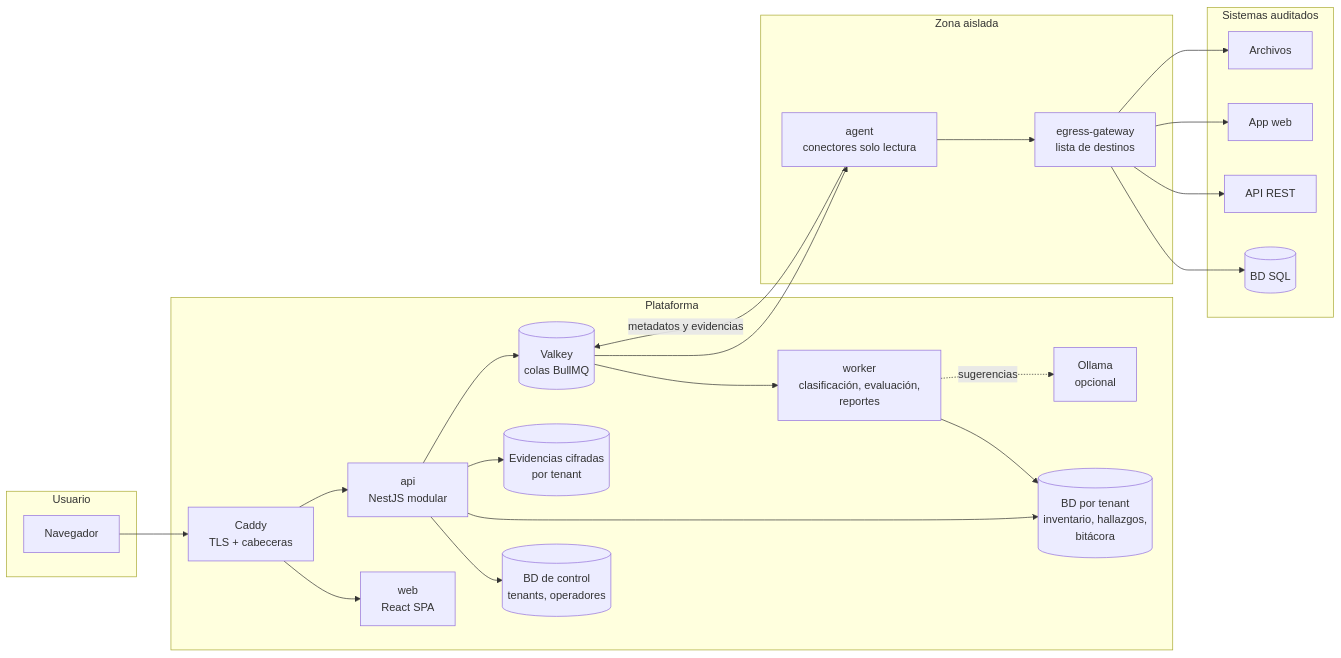
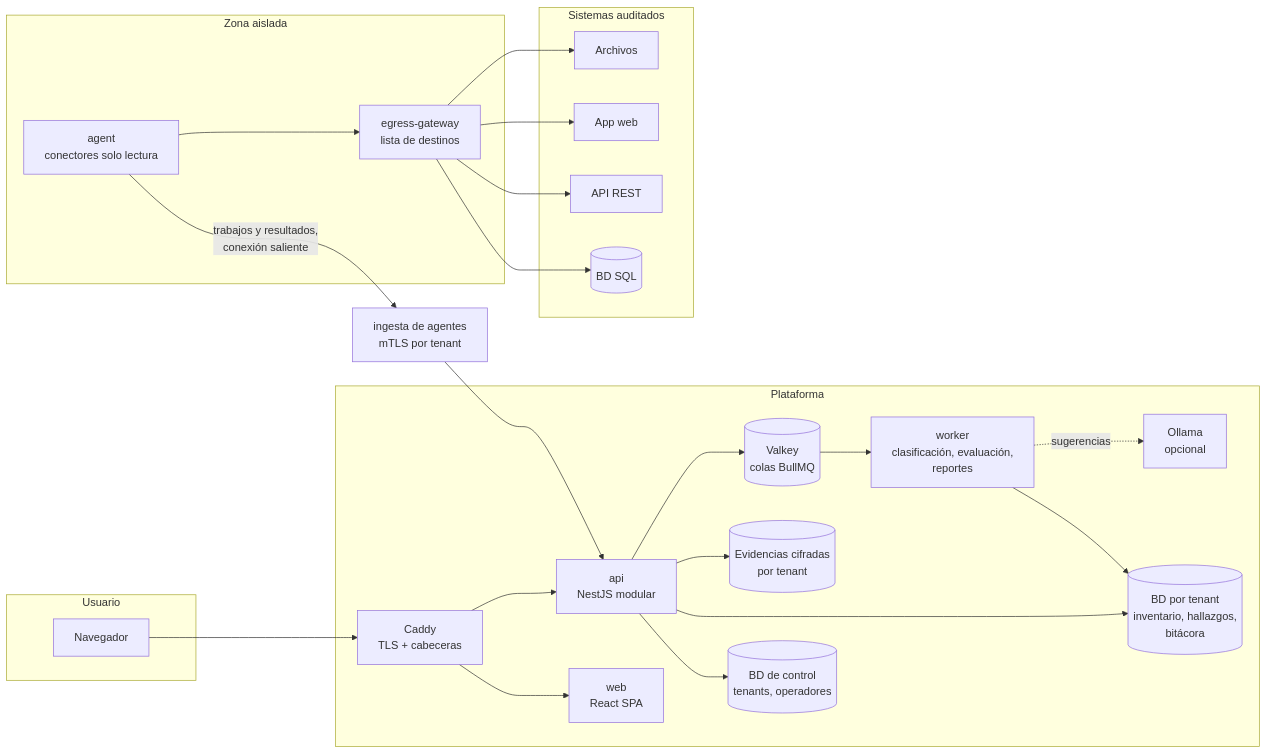
The first of 5 diagrams in docs/fase-0/05-arquitectura.md (alejandroeavilae-cpu/Agente_auditor_21719-), drawn with Mermaid before and after one commit. The commit also changed other lines of this file and 22 other files, not shown here.

````diff
--- a/docs/fase-0/05-arquitectura.md
+++ b/docs/fase-0/05-arquitectura.md
@@ -59,38 +59,38 @@
 ```mermaid
 flowchart LR
   subgraph usr["Usuario"]
     B[Navegador]
   end
   subgraph plat["Plataforma"]
     C[Caddy<br/>TLS + cabeceras]
     W[web<br/>React SPA]
     A[api<br/>NestJS modular]
     Q[(Valkey<br/>colas BullMQ)]
     K[worker<br/>clasificación, evaluación,<br/>reportes]
     CP[(BD de control<br/>tenants, operadores)]
     TD[(BD por tenant<br/>inventario, hallazgos,<br/>bitácora)]
     FS[(Evidencias cifradas<br/>por tenant)]
     O[Ollama<br/>opcional]
   end
   subgraph zona["Zona aislada"]
     AG[agent<br/>conectores solo lectura]
     EG[egress-gateway<br/>lista de destinos]
   end
   subgraph sist["Sistemas auditados"]
     S1[(BD SQL)]
     S2[API REST]
     S3[App web]
     S4[Archivos]
   end
   B --> C --> W
   C --> A
   A --> CP
   A --> TD
   A --> FS
   A --> Q --> K
   K --> TD
   K -. sugerencias .-> O
-  Q --> AG
+  IN[ingesta de agentes<br/>mTLS por tenant] --> A
+  AG -- trabajos y resultados,<br/>conexión saliente --> IN
   AG --> EG --> S1 & S2 & S3 & S4
-  AG -- metadatos y evidencias --> Q
 ```
````
